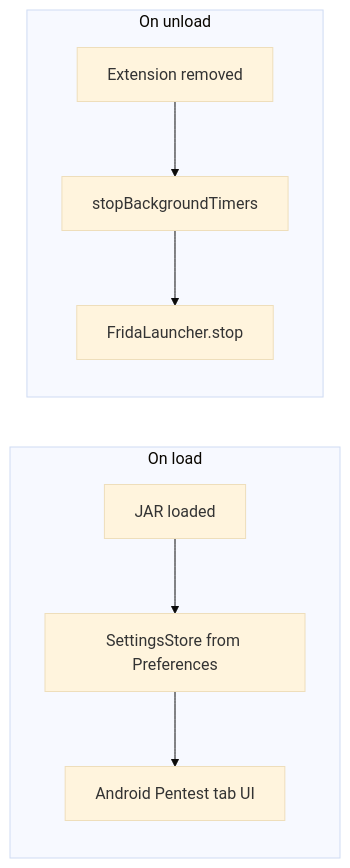
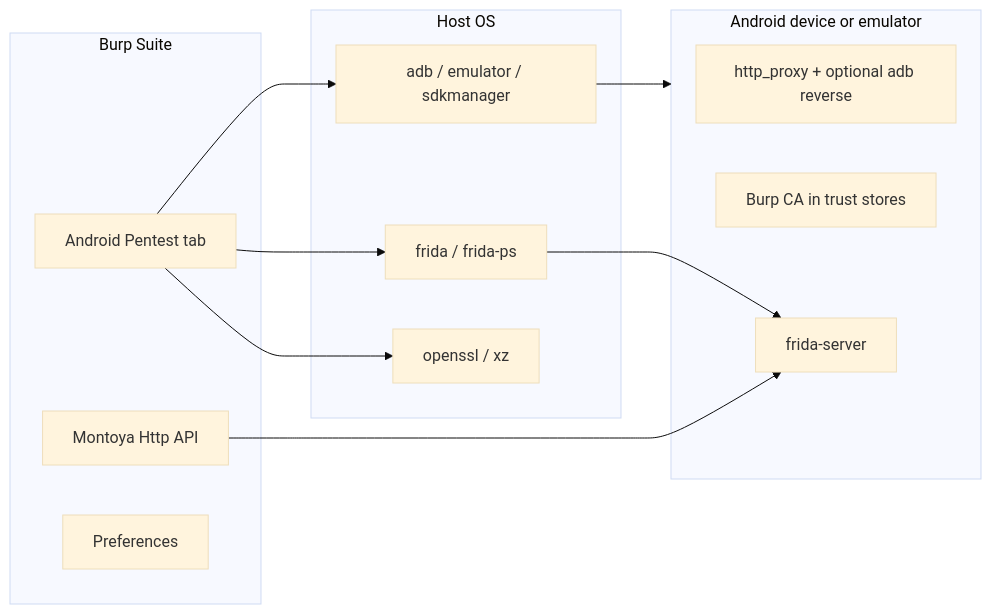
Before and after one commit to pereznacho/AndroBurp: the first of 3 diagrams in README.md, drawn with Mermaid (base theme). The commit also changed other lines of this file and 38 other files, not shown here.

````diff
--- a/README.md
+++ b/README.md
@@ -106,15 +69,24 @@
 ```mermaid
 flowchart LR
-  subgraph load["On load"]
-    JAR[JAR loaded]
-    S[SettingsStore from Preferences]
-    T[Android Pentest tab UI]
-    JAR --> S --> T
+  subgraph burp [Burp Suite]
+    Tab[Android Pentest tab]
+    Http[Montoya Http API]
+    Prefs[Preferences]
   end
-  subgraph unload["On unload"]
-    X[Extension removed]
-    TM[stopBackgroundTimers]
-    FK[FridaLauncher.stop]
-    X --> TM --> FK
+  subgraph host [Host OS]
+    Adb[adb / emulator / sdkmanager]
+    FridaCli[frida / frida-ps]
+    Openssl[openssl / xz]
   end
+  subgraph device [Android device or emulator]
+    Proxy[http_proxy + optional adb reverse]
+    Ca[Burp CA in trust stores]
+    Fs[frida-server]
+  end
+  Tab --> Adb
+  Tab --> FridaCli
+  Tab --> Openssl
+  Http --> Fs
+  Adb --> device
+  FridaCli --> Fs
 ```
````
